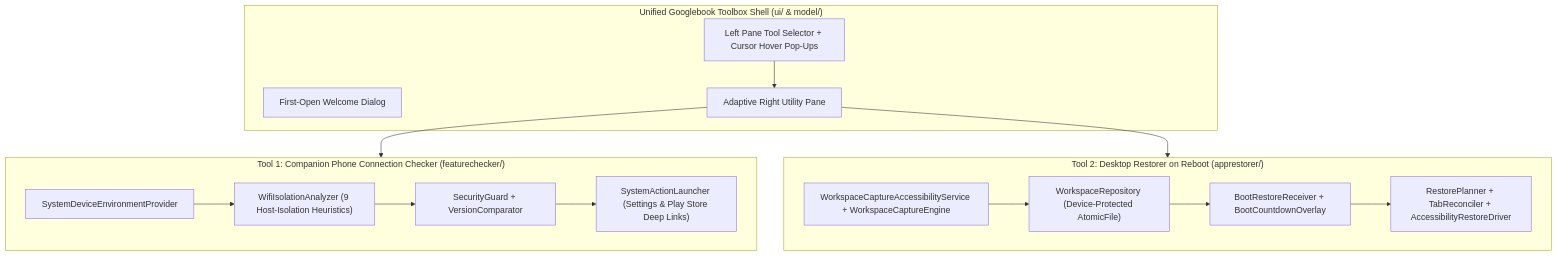
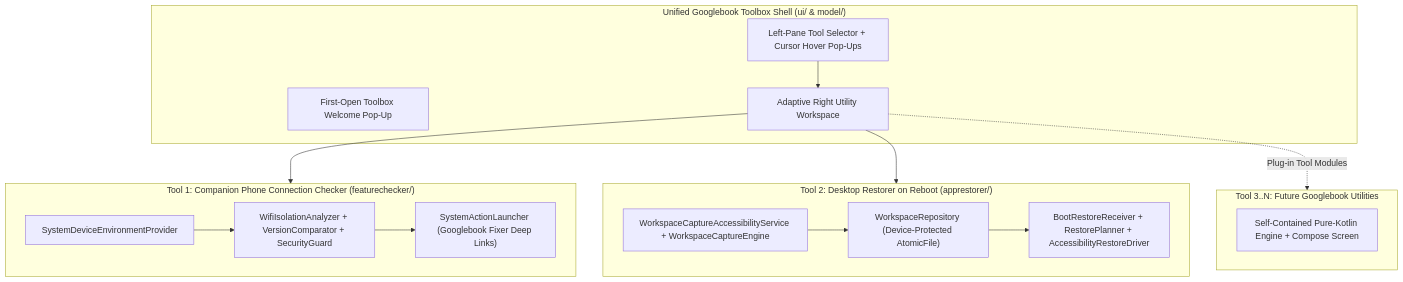
Before and after one commit to parijat-star/GooglebookToolbox: the diagram in README.md, drawn with Mermaid. The commit also changed other lines of this file and 1 other file, not shown here.

Commit message:
docs: Rewrite GitHub front page to highlight extensible Googlebook Toolbox vision & roadmap

````diff
--- a/README.md
+++ b/README.md
@@ -115,28 +128,31 @@
 ```mermaid
 flowchart TB
   subgraph Shell["Unified Googlebook Toolbox Shell (ui/ & model/)"]
-    WELCOME["First-Open Welcome Dialog"]
-    LEFT["Left Pane Tool Selector + Cursor Hover Pop-Ups"]
-    RIGHT["Adaptive Right Utility Pane"]
+    WELCOME["First-Open Toolbox Welcome Pop-Up"]
+    LEFT["Left-Pane Tool Selector + Cursor Hover Pop-Ups"]
+    RIGHT["Adaptive Right Utility Workspace"]
     LEFT --> RIGHT
   end
 
   subgraph Tool1["Tool 1: Companion Phone Connection Checker (featurechecker/)"]
     ENV["SystemDeviceEnvironmentProvider"]
-    WIFI["WifiIsolationAnalyzer (9 Host-Isolation Heuristics)"]
-    SEC["SecurityGuard + VersionComparator"]
-    ACT["SystemActionLauncher (Settings & Play Store Deep Links)"]
-    ENV --> WIFI --> SEC --> ACT
+    WIFI["WifiIsolationAnalyzer + VersionComparator + SecurityGuard"]
+    ACT["SystemActionLauncher (Googlebook Fixer Deep Links)"]
+    ENV --> WIFI --> ACT
   end
 
   subgraph Tool2["Tool 2: Desktop Restorer on Reboot (apprestorer/)"]
     CAP["WorkspaceCaptureAccessibilityService + WorkspaceCaptureEngine"]
     REPO["WorkspaceRepository (Device-Protected AtomicFile)"]
-    BOOT["BootRestoreReceiver + BootCountdownOverlay"]
-    REST["RestorePlanner + TabReconciler + AccessibilityRestoreDriver"]
-    CAP --> REPO --> BOOT --> REST
+    REST["BootRestoreReceiver + RestorePlanner + AccessibilityRestoreDriver"]
+    CAP --> REPO --> REST
+  end
+
+  subgraph Future[" Tool 3..N: Future Googlebook Utilities"]
+    NEXT["Self-Contained Pure-Kotlin Engine + Compose Screen"]
   end
 
   RIGHT --> Tool1
   RIGHT --> Tool2
+  RIGHT -. "Plug-in Tool Modules" .-> Future
 ```
````
